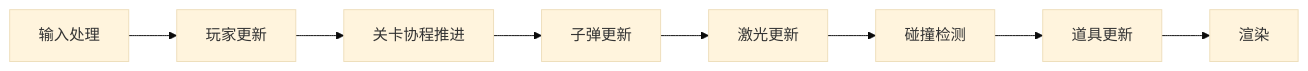
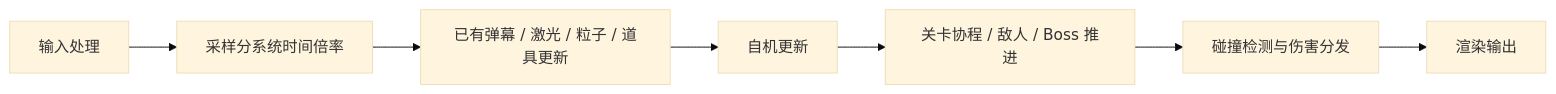
Before and after one commit to qwqpap/PythonSTG: the second of 6 diagrams in docs/architecture.md, drawn with Mermaid (base theme). The commit also changed other lines of this file and 19 other files, not shown here.

````diff
--- a/docs/architecture.md
+++ b/docs/architecture.md
@@ -106,10 +103,9 @@
 ```mermaid
 flowchart LR
-    input["输入处理"] --> player["玩家更新"]
-    player --> stage["关卡协程推进"]
-    stage --> bullet["子弹更新"]
-    bullet --> laser["激光更新"]
-    laser --> collision["碰撞检测"]
-    collision --> item["道具更新"]
-    item --> render["渲染"]
+    input["输入处理"] --> time["采样分系统时间倍率"]
+    time --> pools["已有弹幕 / 激光 / 粒子 / 道具更新"]
+    pools --> player["自机更新"]
+    player --> stage["关卡协程 / 敌人 / Boss 推进"]
+    stage --> collision["碰撞检测与伤害分发"]
+    collision --> render["渲染输出"]
 ```
````
